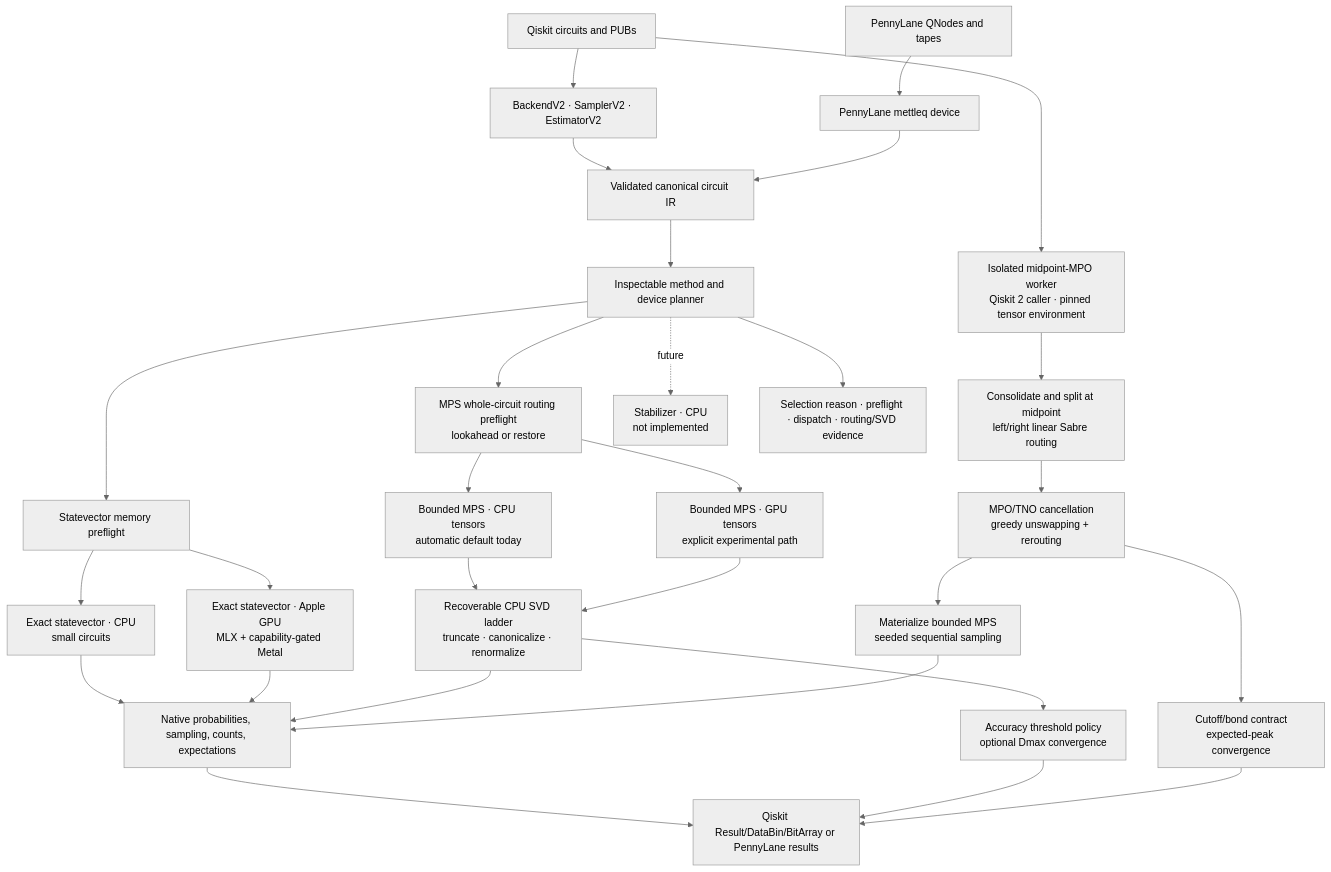
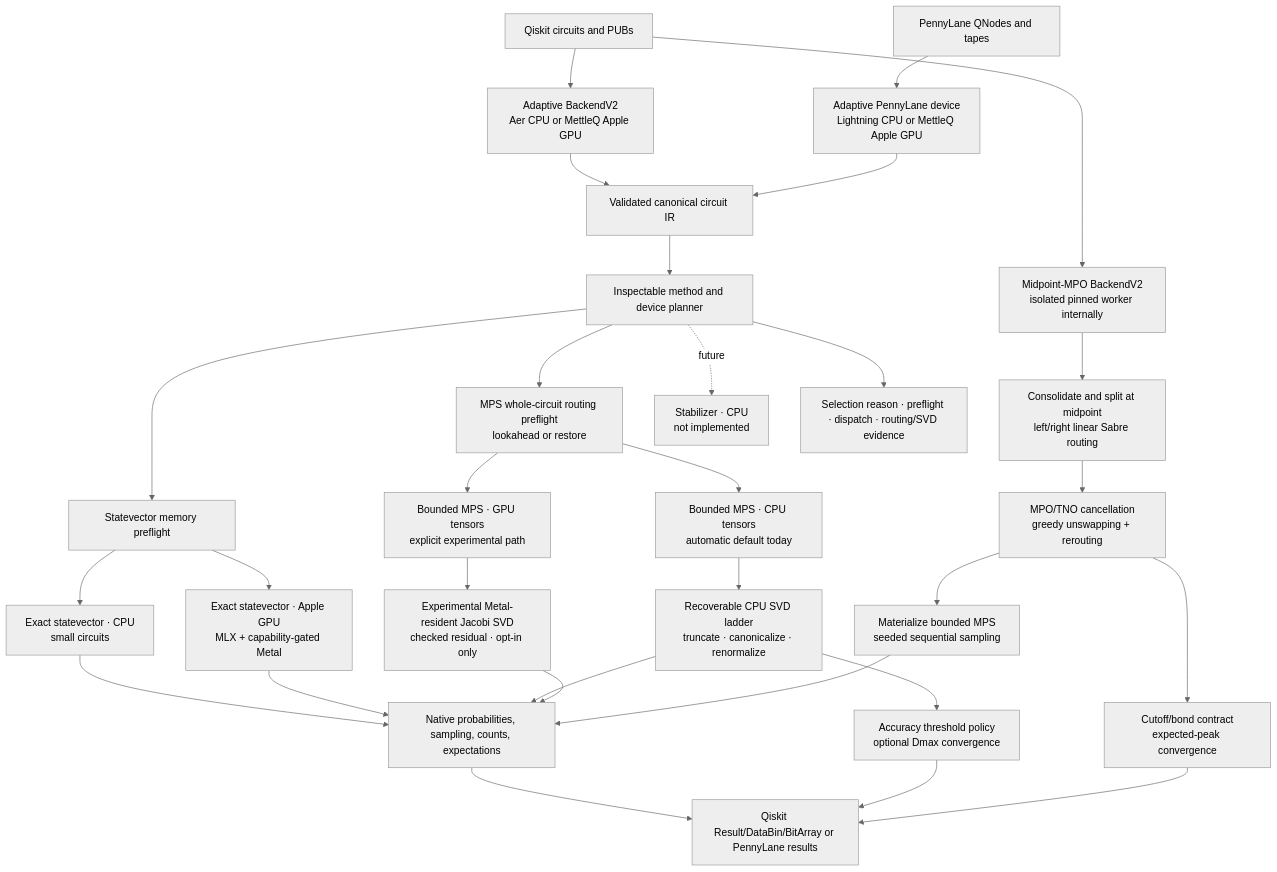
Before and after one commit to MonitSharma/MettleQ: the diagram in README.md, drawn with Mermaid (neutral theme). The commit also changed other lines of this file and 246 other files, not shown here.

Commit message:
Add adaptive Apple GPU execution and public release safeguards

````diff
--- a/README.md
+++ b/README.md
@@ -567,34 +579,35 @@
 ```mermaid
 flowchart TB
-    QISKIT["Qiskit circuits and PUBs"] --> QAPI["BackendV2 · SamplerV2 · EstimatorV2"]
-    QISKIT --> MPOAPI["Isolated midpoint-MPO worker<br/>Qiskit 2 caller · pinned tensor environment"]
-    PL["PennyLane QNodes and tapes"] --> PAPI["PennyLane mettleq device"]
+    QISKIT["Qiskit circuits and PUBs"] --> QAPI["Adaptive BackendV2<br/>Aer CPU or MettleQ Apple GPU"]
+    QISKIT --> MPOAPI["Midpoint-MPO BackendV2<br/>isolated pinned worker internally"]
+    PL["PennyLane QNodes and tapes"] --> PAPI["Adaptive PennyLane device<br/>Lightning CPU or MettleQ Apple GPU"]
     QAPI --> IR["Validated canonical circuit IR"]
     PAPI --> IR
     IR --> PLAN["Inspectable method and device planner"]
 
     PLAN --> SVSAFE["Statevector memory preflight"]
     SVSAFE --> SVCPU["Exact statevector · CPU<br/>small circuits"]
     SVSAFE --> SVGPU["Exact statevector · Apple GPU<br/>MLX + capability-gated Metal"]
 
     PLAN --> ROUTE["MPS whole-circuit routing preflight<br/>lookahead or restore"]
     ROUTE --> MPSCPU["Bounded MPS · CPU tensors<br/>automatic default today"]
     ROUTE --> MPSGPU["Bounded MPS · GPU tensors<br/>explicit experimental path"]
     MPSCPU --> SPLIT["Recoverable CPU SVD ladder<br/>truncate · canonicalize · renormalize"]
-    MPSGPU --> SPLIT
+    MPSGPU --> GPUSPLIT["Experimental Metal-resident Jacobi SVD<br/>checked residual · opt-in only"]
     MPOAPI --> MIDPOINT["Consolidate and split at midpoint<br/>left/right linear Sabre routing"]
     MIDPOINT --> UNSWAP["MPO/TNO cancellation<br/>greedy unswapping + rerouting"]
     UNSWAP --> MPOSAMPLE["Materialize bounded MPS<br/>seeded sequential sampling"]
     PLAN -. future .-> STAB["Stabilizer · CPU<br/>not implemented"]
 
     SVCPU --> MEASURE["Native probabilities, sampling, counts, expectations"]
     SVGPU --> MEASURE
     SPLIT --> MEASURE
+    GPUSPLIT --> MEASURE
     MPOSAMPLE --> MEASURE
     MEASURE --> RESULTS["Qiskit Result/DataBin/BitArray or PennyLane results"]
     SPLIT --> TRUST["Accuracy threshold policy<br/>optional Dmax convergence"]
     UNSWAP --> MPOTRUST["Cutoff/bond contract<br/>expected-peak convergence"]
     TRUST --> RESULTS
     MPOTRUST --> RESULTS
     PLAN --> EVIDENCE["Selection reason · preflight · dispatch · routing/SVD evidence"]
 ```
````
